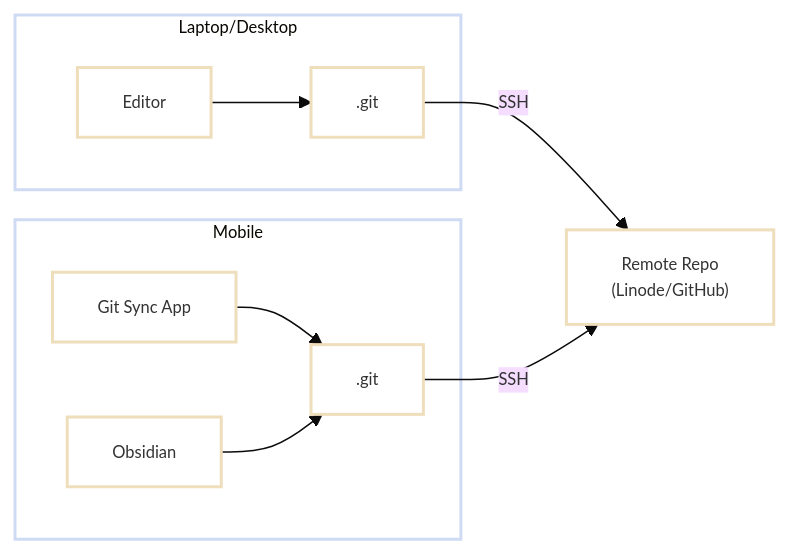
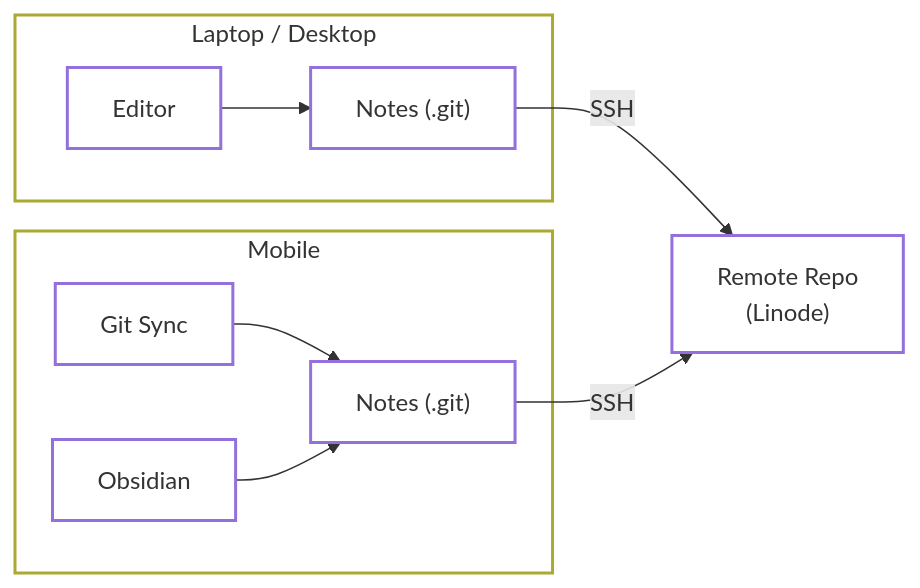
The second of 2 diagrams in _drafts/2025-12-04-note-taking-for-programmers-zk-vscode-vim.md (charnley/blog), drawn with Mermaid before and after one commit. The commit also changed other lines of this file, not shown here.

````diff
--- a/_drafts/2025-12-04-note-taking-for-programmers-zk-vscode-vim.md
+++ b/_drafts/2025-12-04-note-taking-for-programmers-zk-vscode-vim.md
@@ -181,38 +183,29 @@
 ```mermaid
-
-%%{init: {
-  "theme": "base",
-  "themeVariables": {
-    "fontFamily": "Mononoki, Monaco, mono",
-    "fontSize": "11px",
-    "lineHeight": "1.2"
-  }
-}}%%
-
 flowchart LR
 
-    subgraph Laptop["Laptop/Desktop"]
+    subgraph Laptop["Laptop / Desktop"]
         LEditor["Editor"]
-        LRepo[".git"]
+        LRepo["Notes (.git)"]
         LEditor --> LRepo
     end
 
-    subgraph Mobile
-        GitSync["Git Sync App"]
+    subgraph Mobile["Mobile"]
+        GitSync["Git Sync"]
         Obsidian["Obsidian"]
-        MRepo[".git"]
+        MRepo["Notes (.git)"]
         GitSync --> MRepo
         Obsidian --> MRepo
     end
 
-    Remote["Remote Repo<br/>(Linode/GitHub)"]
+    Remote["Remote Repo<br/>(Linode)"]
 
     LRepo -- SSH --> Remote
     MRepo -- SSH --> Remote
+
 
     classDef default stroke-width:2px;
     classDef default fill: transparent;
     classDef ParentGraph fill: transparent, stroke-width:2px;
     class Laptop,Mobile ParentGraph
 
 ```
````
